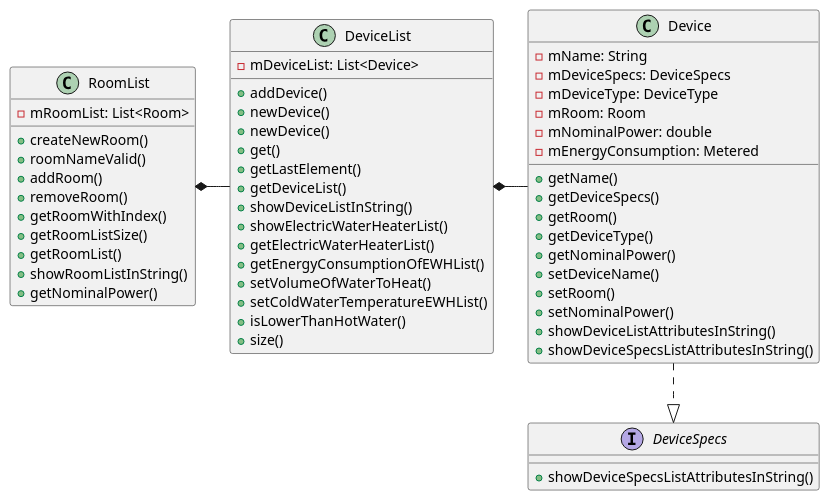
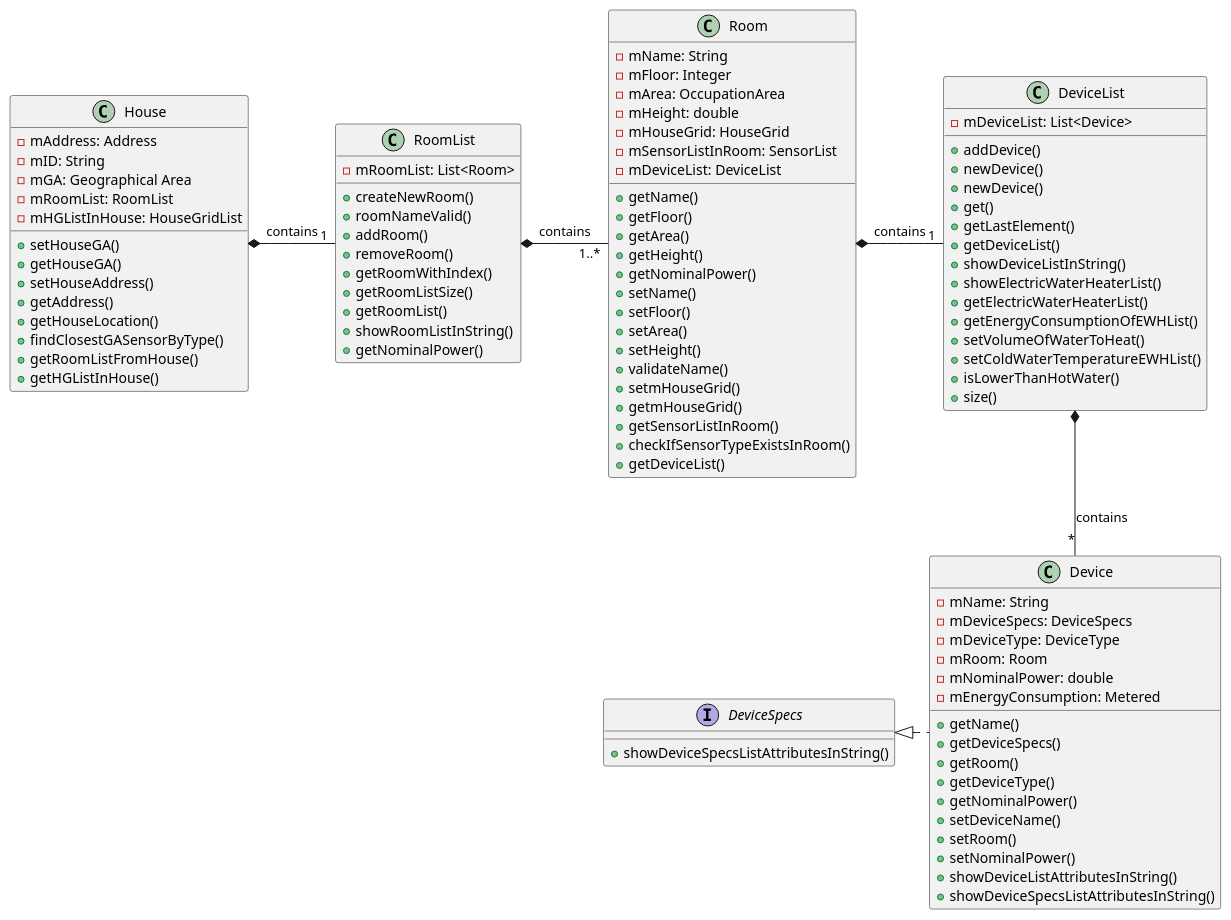
The diagram in src/main/java/smarthome/uml/classdiagrams/EditDeviceClassDiagram.puml (emanuel-pereira/hou), drawn with PlantUML before and after one commit. The commit also changed 8 other files, not shown here.

Commit message:
Correction of EditDevice Sequence Diagram

```diff
--- a/src/main/java/smarthome/uml/classdiagrams/EditDeviceClassDiagram.puml
+++ b/src/main/java/smarthome/uml/classdiagrams/EditDeviceClassDiagram.puml
@@ -1,64 +1,108 @@
 @startuml
+
+class House {
+- mAddress: Address
+- mID: String
+- mGA: Geographical Area
+- mRoomList: RoomList
+- mHGListInHouse: HouseGridList
++ setHouseGA()
++ getHouseGA()
++ setHouseAddress()
++ getAddress()
++ getHouseLocation()
++ findClosestGASensorByType()
++ getRoomListFromHouse()
++ getHGListInHouse()
+}
 
 class RoomList{
 - mRoomList: List<Room>
 + createNewRoom()
 + roomNameValid()
 + addRoom()
 + removeRoom()
 + getRoomWithIndex()
 + getRoomListSize()
 + getRoomList()
 + showRoomListInString()
 + getNominalPower()
 
 }
+
+class Room{
+- mName: String
+- mFloor: Integer
+- mArea: OccupationArea
+- mHeight: double
+- mHouseGrid: HouseGrid
+- mSensorListInRoom: SensorList
+- mDeviceList: DeviceList
++ getName()
++ getFloor()
++ getArea()
++ getHeight()
++ getNominalPower()
++ setName()
++ setFloor()
++ setArea()
++ setHeight()
++ validateName()
++ setmHouseGrid()
++ getmHouseGrid()
++ getSensorListInRoom()
++ checkIfSensorTypeExistsInRoom()
++ getDeviceList()
+}
+
 
 class DeviceList{
 - mDeviceList: List<Device>
 + addDevice()
 + newDevice()
 + newDevice()
 + get()
 + getLastElement()
 + getDeviceList()
 + showDeviceListInString()
 + showElectricWaterHeaterList()
 + getElectricWaterHeaterList()
 + getEnergyConsumptionOfEWHList()
 + setVolumeOfWaterToHeat()
 + setColdWaterTemperatureEWHList()
 + isLowerThanHotWater()
 + size()
 }
 
 class Device {
 - mName: String
 - mDeviceSpecs: DeviceSpecs
 - mDeviceType: DeviceType
 - mRoom: Room
 - mNominalPower: double
 - mEnergyConsumption: Metered
 + getName()
 + getDeviceSpecs()
 + getRoom()
 + getDeviceType()
 + getNominalPower()
 + setDeviceName()
 + setRoom()
 + setNominalPower()
 + showDeviceListAttributesInString()
 + showDeviceSpecsListAttributesInString()
 }
 
 interface DeviceSpecs{
 + showDeviceSpecsListAttributesInString()
 }
 
-RoomList *- DeviceList
-DeviceList *- Device
-Device ..|> DeviceSpecs
+House  *- "1" RoomList: contains
+RoomList *- "1..*"Room: contains
+Room *- "1"DeviceList: contains
+DeviceList *-- "*"Device: contains
+DeviceSpecs <|. Device
 
 
 
 @enduml
```
